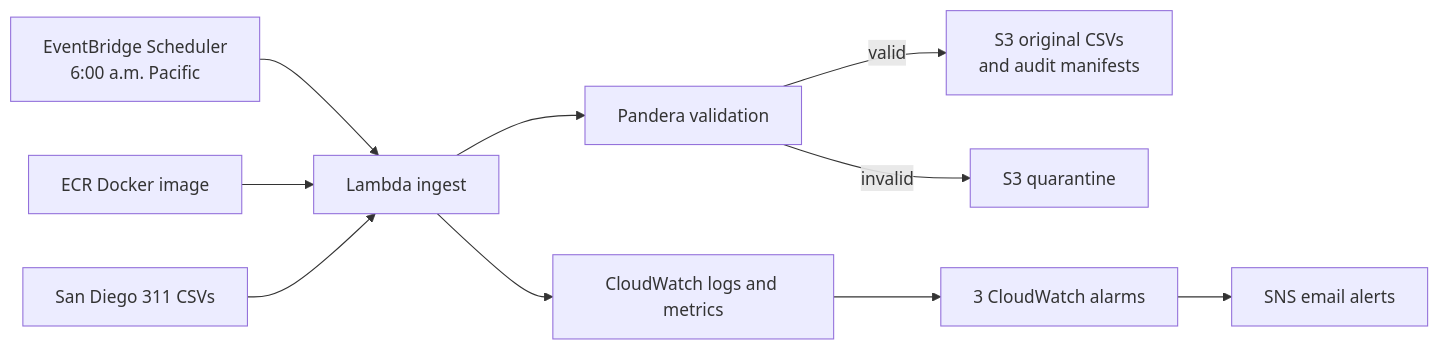
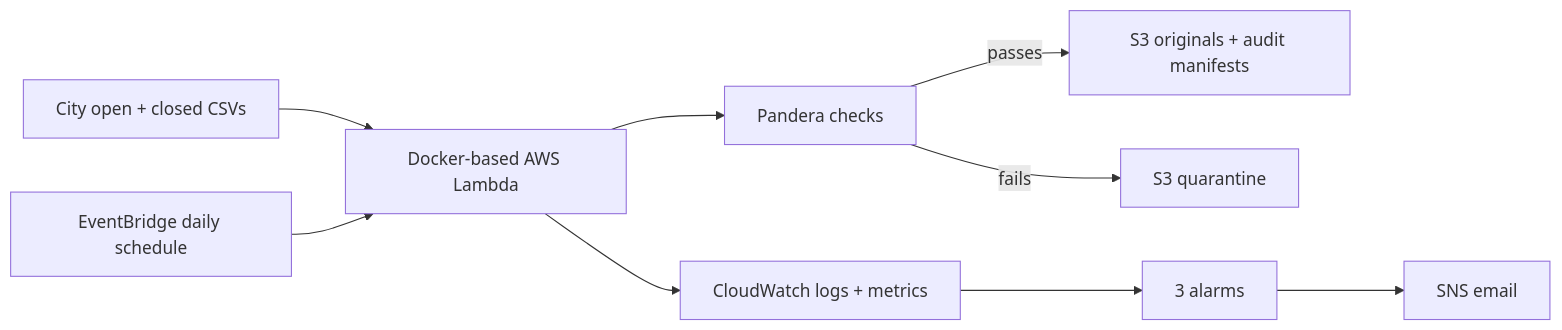
The diagram in README.md (11Cpss/San_Diego_311_Get_it_Done), drawn with Mermaid before and after one commit. The commit also changed other lines of this file, not shown here.

````diff
--- a/README.md
+++ b/README.md
@@ -9,12 +21,10 @@
 ```mermaid
 flowchart LR
-    Schedule[EventBridge Scheduler<br/>6:00 a.m. Pacific] --> Lambda[Lambda ingest]
-    ECR[ECR Docker image] --> Lambda
-    City[San Diego 311 CSVs] --> Lambda
-    Lambda --> Checks[Pandera validation]
-    Checks -->|valid| Raw[S3 original CSVs<br/>and audit manifests]
-    Checks -->|invalid| Quarantine[S3 quarantine]
-    Lambda --> Logs[CloudWatch logs and metrics]
-    Logs --> Alarms[3 CloudWatch alarms]
-    Alarms --> SNS[SNS email alerts]
+    City[City open + closed CSVs] --> Lambda[Docker-based AWS Lambda]
+    Schedule[EventBridge daily schedule] --> Lambda
+    Lambda --> Validate[Pandera checks]
+    Validate -->|passes| S3[S3 originals + audit manifests]
+    Validate -->|fails| Quarantine[S3 quarantine]
+    Lambda --> Metrics[CloudWatch logs + metrics]
+    Metrics --> Alarms[3 alarms] --> Email[SNS email]
 ```
````
